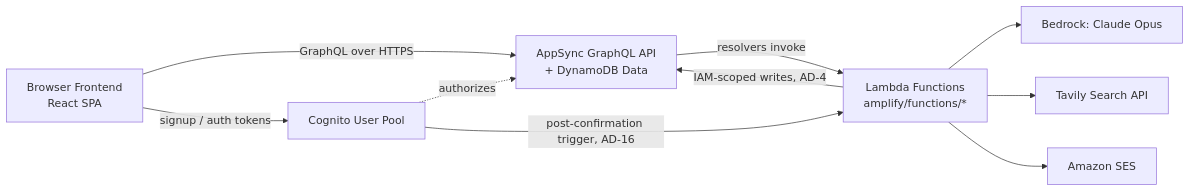
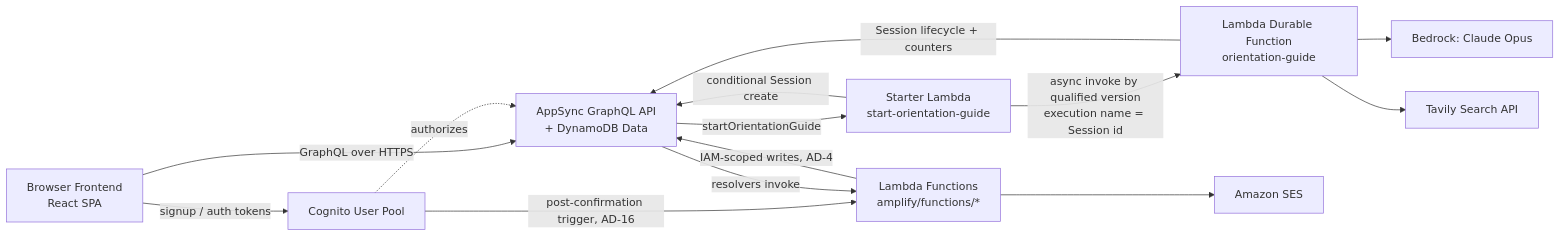
One commit to grondak/tarot-spa changed the first of 3 diagrams in _bmad-output/planning-artifacts/architecture/architecture-tarot-spa-2026-07-10/ARCHITECTURE-SPINE.md. Above: the diagram before and after it, drawn with Mermaid. The commit also changed other lines of this file and 30 other files, not shown here.

Commit message:
feat: make orientation guide generation durable

````diff
--- a/_bmad-output/planning-artifacts/architecture/architecture-tarot-spa-2026-07-10/ARCHITECTURE-SPINE.md
+++ b/_bmad-output/planning-artifacts/architecture/architecture-tarot-spa-2026-07-10/ARCHITECTURE-SPINE.md
@@ -35,12 +35,16 @@
 ```mermaid
 flowchart LR
   FE[Browser Frontend<br/>React SPA] -->|GraphQL over HTTPS| DATA[AppSync GraphQL API<br/>+ DynamoDB Data]
   FE -->|signup / auth tokens| COGNITO[Cognito User Pool]
   COGNITO -.authorizes.-> DATA
   COGNITO -->|post-confirmation trigger, AD-16| FN[Lambda Functions<br/>amplify/functions/*]
   DATA -->|resolvers invoke| FN
+  DATA -->|startOrientationGuide| START[Starter Lambda<br/>start-orientation-guide]
+  START -->|conditional Session create| DATA
+  START -->|async invoke by qualified version<br/>execution name = Session id| DURABLE[Lambda Durable Function<br/>orientation-guide]
+  DURABLE -->|Session lifecycle + counters| DATA
   FN -->|IAM-scoped writes, AD-4| DATA
-  FN --> BEDROCK[Bedrock: Claude Opus]
-  FN --> TAVILY[Tavily Search API]
+  DURABLE --> BEDROCK[Bedrock: Claude Opus]
+  DURABLE --> TAVILY[Tavily Search API]
   FN --> SES[Amazon SES]
 ```
````
